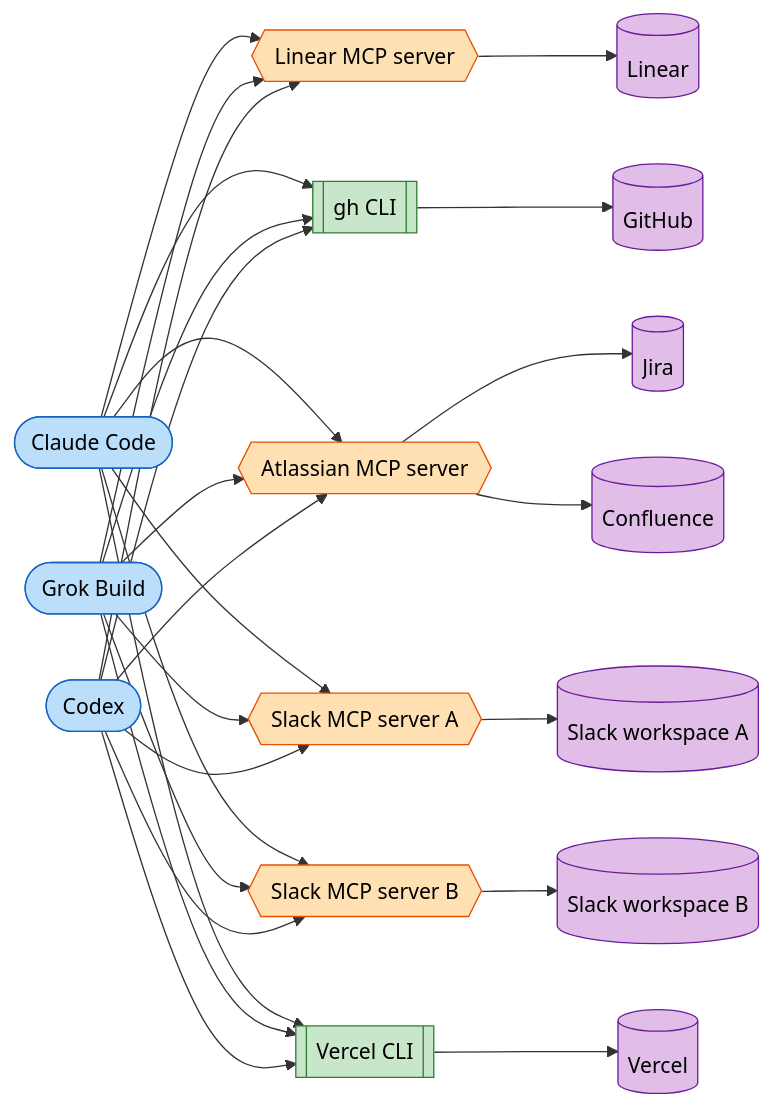
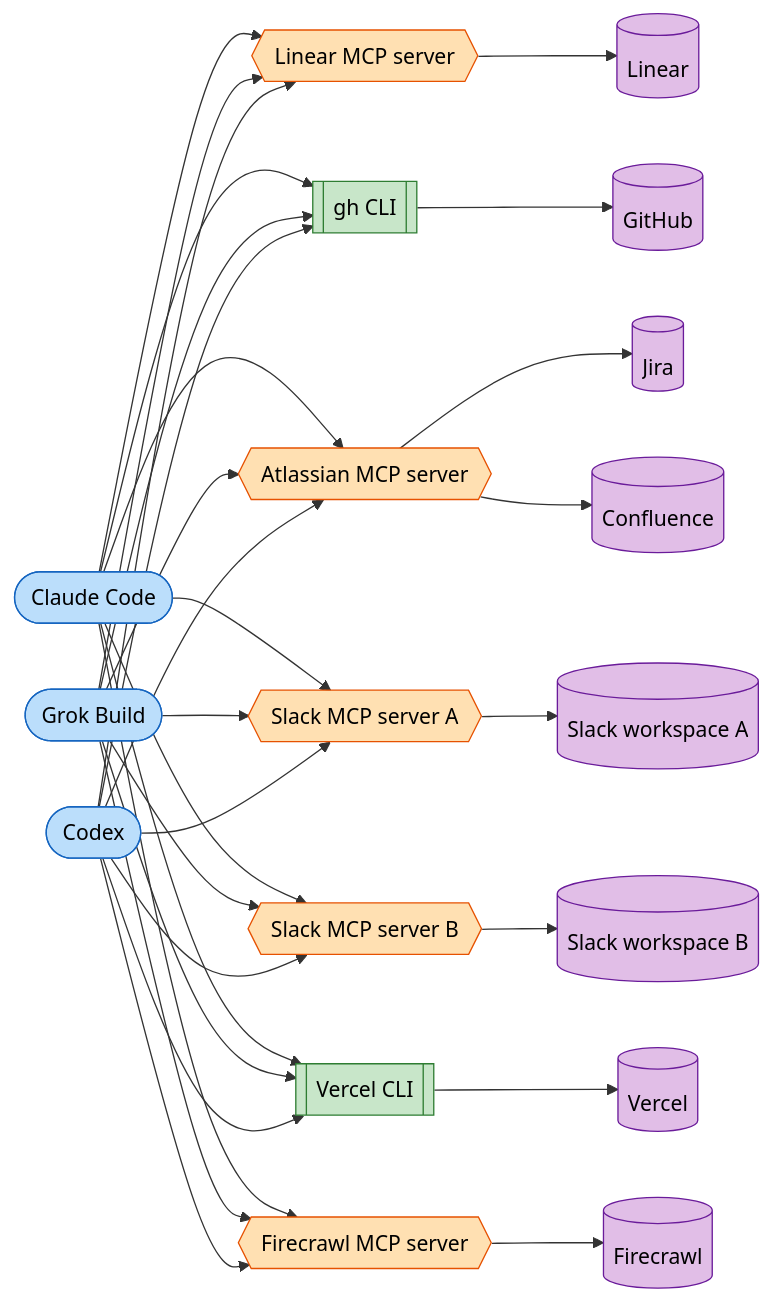
One commit to alephic-ai/foac changed the first of 2 diagrams in README.md. Above: the diagram before and after it, drawn with Mermaid. The commit also changed other lines of this file and 12 other files, not shown here.

First line of the commit message:
feat(firecrawl): add the Firecrawl provider

````diff
--- a/README.md
+++ b/README.md
@@ -48,20 +49,21 @@
 ```mermaid
 graph LR
-    CC([Claude Code]) --> LMCP & GHCLI & AMCP & SLMCPA & SLMCPB & VCLI
-    GRK([Grok Build]) --> LMCP & GHCLI & AMCP & SLMCPA & SLMCPB & VCLI
-    CX([Codex]) --> LMCP & GHCLI & AMCP & SLMCPA & SLMCPB & VCLI
+    CC([Claude Code]) --> LMCP & GHCLI & AMCP & SLMCPA & SLMCPB & VCLI & FMCP
+    GRK([Grok Build]) --> LMCP & GHCLI & AMCP & SLMCPA & SLMCPB & VCLI & FMCP
+    CX([Codex]) --> LMCP & GHCLI & AMCP & SLMCPA & SLMCPB & VCLI & FMCP
     LMCP{{Linear MCP server}} --> Linear[(Linear)]
     GHCLI[[gh CLI]] --> GitHub[(GitHub)]
     AMCP{{Atlassian MCP server}} --> Jira[(Jira)] & Confluence[(Confluence)]
     SLMCPA{{Slack MCP server A}} --> SlackA[(Slack workspace A)]
     SLMCPB{{Slack MCP server B}} --> SlackB[(Slack workspace B)]
     VCLI[[Vercel CLI]] --> Vercel[(Vercel)]
+    FMCP{{Firecrawl MCP server}} --> Firecrawl[(Firecrawl)]
     classDef harness fill:#bbdefb,stroke:#1565c0,color:#000
     classDef mcp fill:#ffe0b2,stroke:#e65100,color:#000
     classDef cli fill:#c8e6c9,stroke:#2e7d32,color:#000
     classDef provider fill:#e1bee7,stroke:#6a1b9a,color:#000
     class CC,GRK,CX harness
-    class LMCP,AMCP,SLMCPA,SLMCPB mcp
+    class LMCP,AMCP,SLMCPA,SLMCPB,FMCP mcp
     class GHCLI,VCLI cli
-    class Linear,GitHub,Jira,Confluence,SlackA,SlackB,Vercel provider
+    class Linear,GitHub,Jira,Confluence,SlackA,SlackB,Vercel,Firecrawl provider
 ```
````
